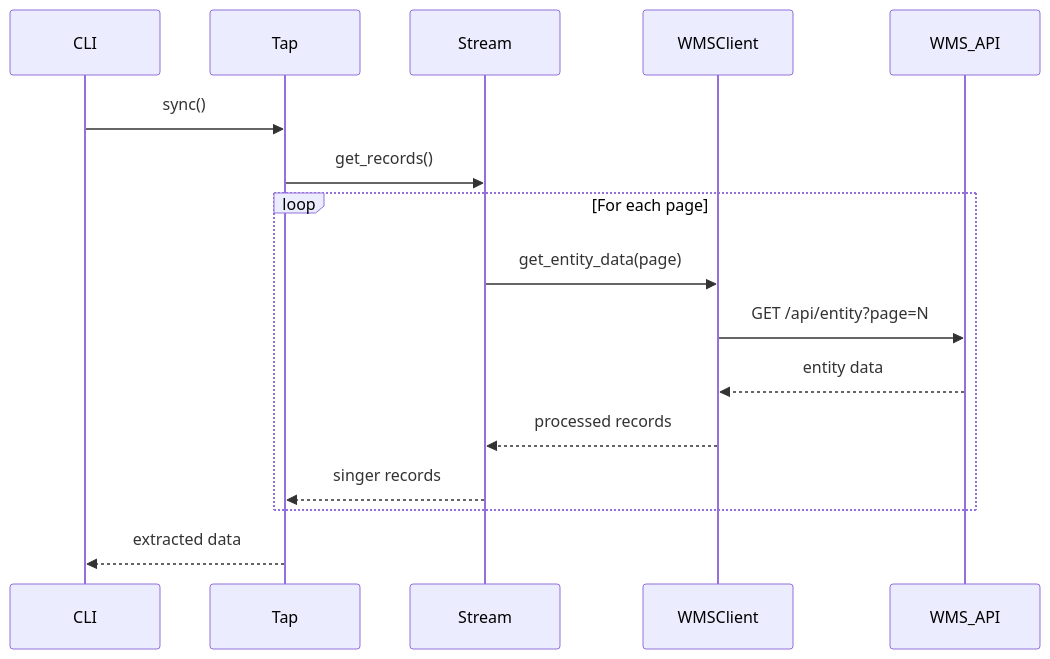
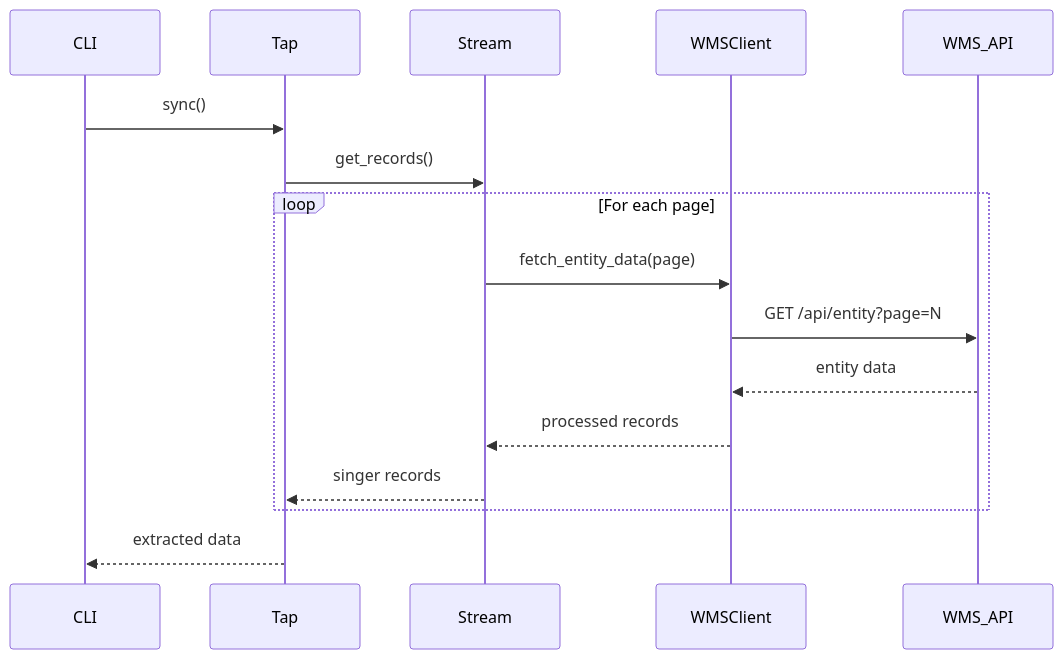
The third of 3 diagrams in docs/architecture.md (flext-sh/flext-tap-oracle-wms), drawn with Mermaid before and after one commit. The commit also changed other lines of this file and 24 other files, not shown here.

````diff
--- a/docs/architecture.md
+++ b/docs/architecture.md
@@ -318,19 +318,19 @@
 ```mermaid
 sequenceDiagram
     participant CLI
     participant Tap
     participant Stream
     participant WMSClient
     participant WMS_API
 
     CLI->>Tap: sync()
     Tap->>Stream: get_records()
     loop For each page
-        Stream->>WMSClient: get_entity_data(page)
+        Stream->>WMSClient: fetch_entity_data(page)
         WMSClient->>WMS_API: GET /api/entity?page=N
         WMS_API-->>WMSClient: entity data
         WMSClient-->>Stream: processed records
         Stream-->>Tap: singer records
     end
     Tap-->>CLI: extracted data
 ```
````
